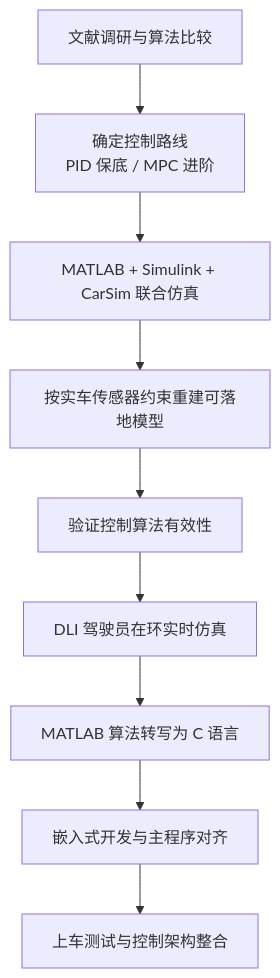
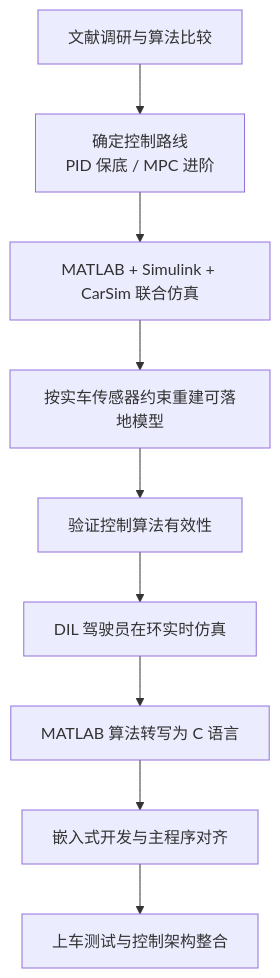
One commit to onebulletkick/Control_EVO_FSAE_CN changed the first of 15 diagrams in DYC_设计流程说明.md. Above: the diagram before and after it, drawn with Mermaid. The commit also changed other lines of this file and 7 other files, not shown here.

Commit message:
docs(readme): add quickstart diagrams

````diff
--- a/DYC_设计流程说明.md
+++ b/DYC_设计流程说明.md
@@ -11,11 +11,11 @@
 ```mermaid
 flowchart TD
     A["文献调研与算法比较"] --> B["确定控制路线<br/>PID 保底 / MPC 进阶"]
     B --> C["MATLAB + Simulink + CarSim 联合仿真"]
     C --> D["按实车传感器约束重建可落地模型"]
     D --> E["验证控制算法有效性"]
-    E --> F["DLI 驾驶员在环实时仿真"]
+    E --> F["DIL 驾驶员在环实时仿真"]
     F --> G["MATLAB 算法转写为 C 语言"]
     G --> H["嵌入式开发与主程序对齐"]
     H --> I["上车测试与控制架构整合"]
 ```
````
